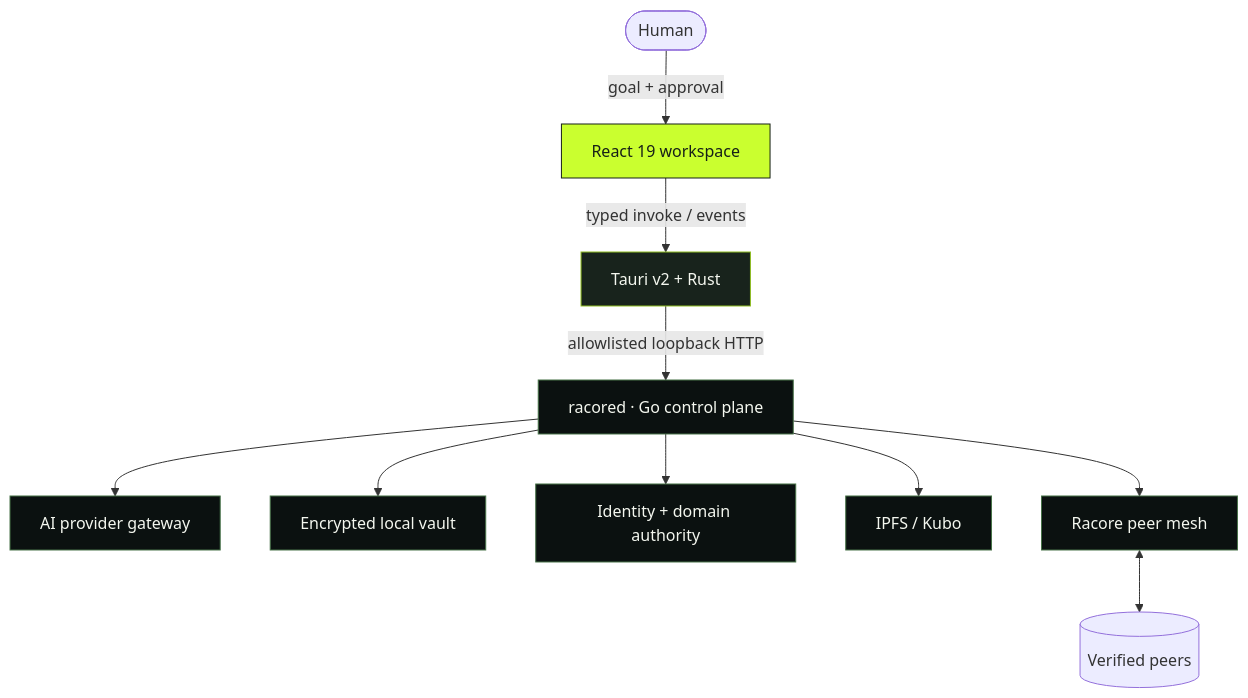
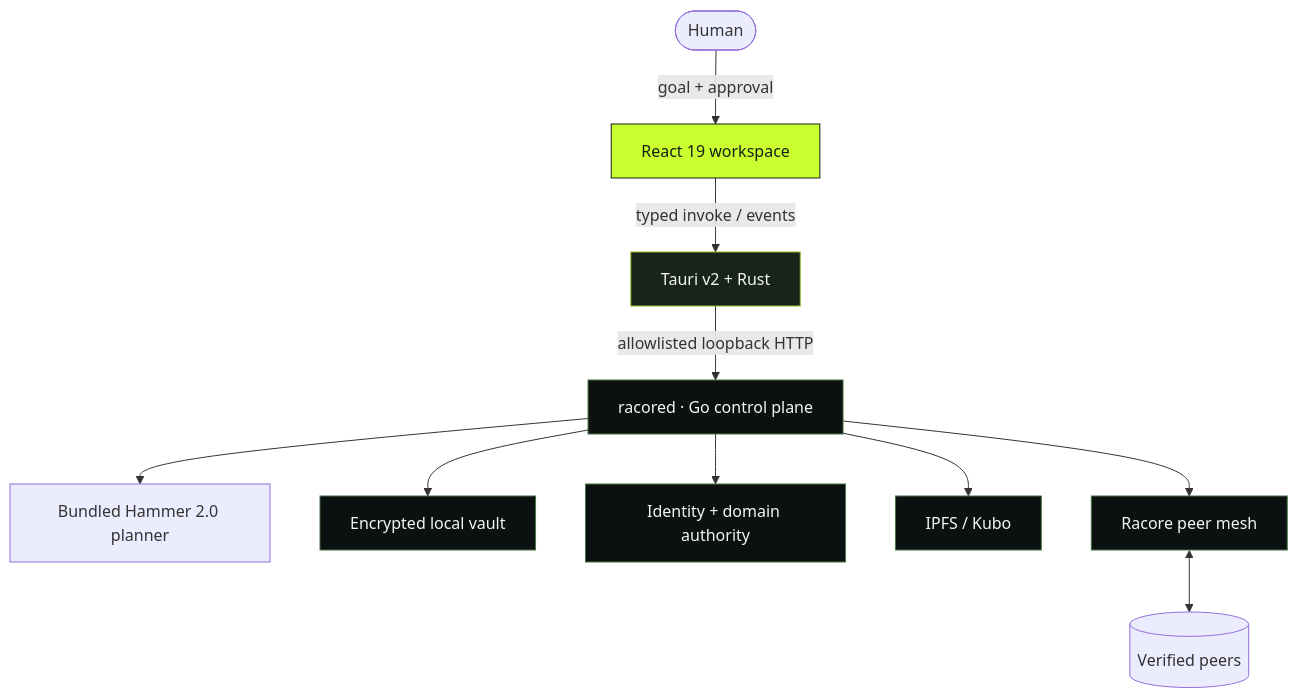
Before and after one commit to racore-xyz/racore-browser: the diagram in README.md, drawn with Mermaid. The commit also changed other lines of this file and 43 other files, not shown here.

Commit message:
feat(ui): make bundled local AI the only model route

````diff
--- a/README.md
+++ b/README.md
@@ -71,19 +71,19 @@
 ```mermaid
 flowchart TB
     Human([Human]) -->|goal + approval| React[React 19 workspace]
     React -->|typed invoke / events| Tauri[Tauri v2 + Rust]
     Tauri -->|allowlisted loopback HTTP| Daemon[racored · Go control plane]
-    Daemon --> Providers[AI provider gateway]
+    Daemon --> LocalAI[Bundled Hammer 2.0 planner]
     Daemon --> Vault[Encrypted local vault]
     Daemon --> Authority[Identity + domain authority]
     Daemon --> Kubo[IPFS / Kubo]
     Daemon --> Mesh[Racore peer mesh]
     Mesh <--> Peers[(Verified peers)]
 
     classDef ui fill:#caff2f,stroke:#172018,color:#172018;
     classDef native fill:#18231c,stroke:#8fbd22,color:#f4f7ef;
     classDef service fill:#0b1110,stroke:#477248,color:#f4f7ef;
     class React ui;
     class Tauri native;
     class Daemon,Providers,Vault,Authority,Kubo,Mesh service;
 ```
````
